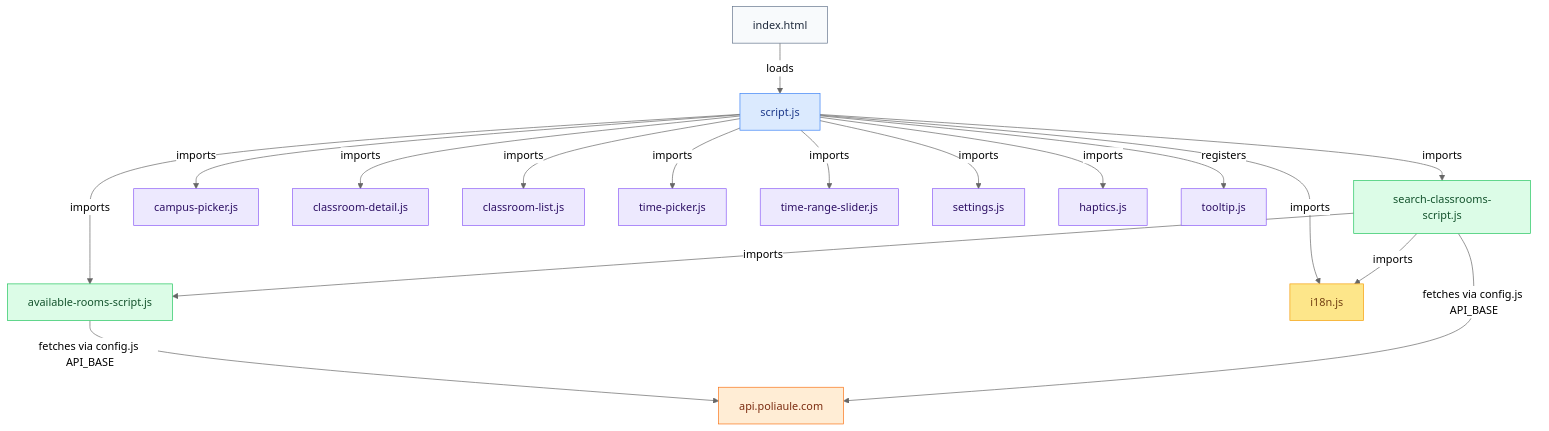
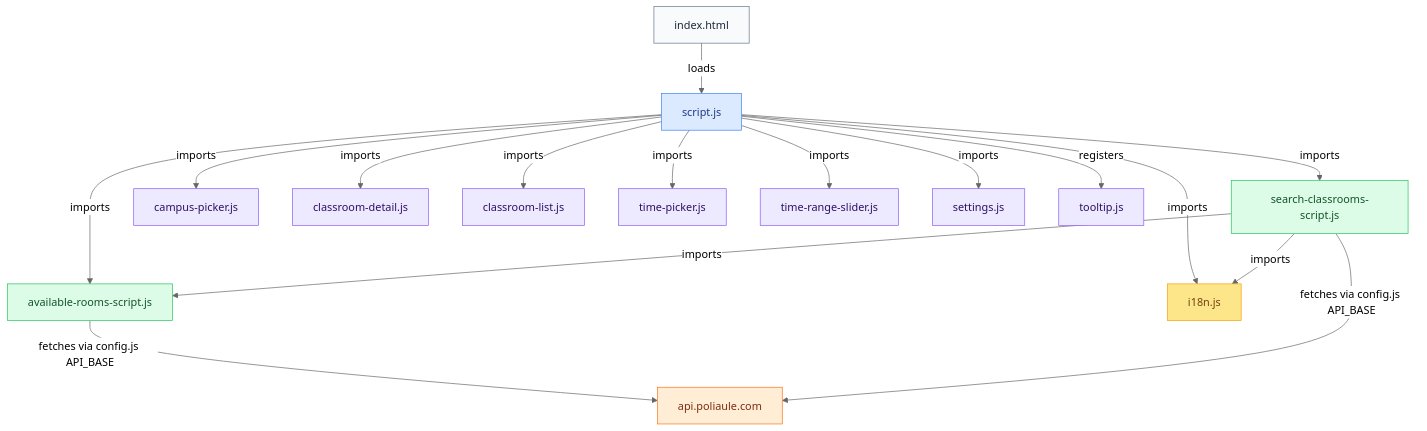
The third of 4 diagrams in docs/architecture.md (SummaCristian/PoliAule), drawn with Mermaid (neutral theme) before and after one commit. The commit also changed other lines of this file and 24 other files, not shown here.

````diff
--- a/docs/architecture.md
+++ b/docs/architecture.md
@@ -175,42 +175,40 @@
 ```mermaid
 graph TD
     classDef entry fill:#f8fafc,stroke:#64748b,color:#1e293b
     classDef shell fill:#dbeafe,stroke:#3b82f6,color:#1e3a8a
     classDef data fill:#dcfce7,stroke:#22c55e,color:#14532d
     classDef i18n fill:#fde68a,stroke:#f59e0b,color:#713f12
     classDef component fill:#ede9fe,stroke:#8b5cf6,color:#2e1065
     classDef store fill:#f1f5f9,stroke:#475569,color:#0f172a
     classDef cf fill:#ffedd5,stroke:#f97316,color:#7c2d12
 
     IH["index.html"]:::entry
     SC["script.js"]:::shell
     ARS["available-rooms-script.js"]:::data
     SCS["search-classrooms-script.js"]:::data
     I18N["i18n.js"]:::i18n
 
     CP["campus-picker.js"]:::component
     CD["classroom-detail.js"]:::component
     CL["classroom-list.js"]:::component
     TP["time-picker.js"]:::component
     TRS["time-range-slider.js"]:::component
     SET["settings.js"]:::component
-    HAP["haptics.js"]:::component
     TT["tooltip.js"]:::component
 
     IH -->|loads| SC
     SC -->|imports| ARS
     SC -->|imports| SCS
     SC -->|imports| I18N
     SC -->|imports| CP
     SC -->|imports| CD
     SC -->|imports| CL
     SC -->|imports| TP
     SC -->|imports| TRS
     SC -->|imports| SET
-    SC -->|imports| HAP
     SC -->|registers| TT
     SCS -->|imports| ARS
     SCS -->|imports| I18N
     ARS -->|fetches via config.js API_BASE| API["api.poliaule.com"]:::cf
     SCS -->|fetches via config.js API_BASE| API
 ```
````
